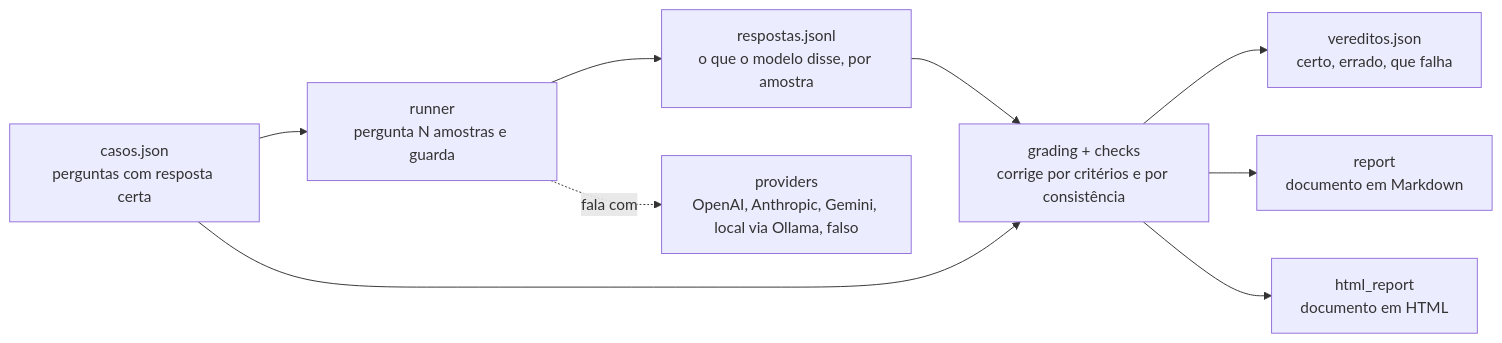
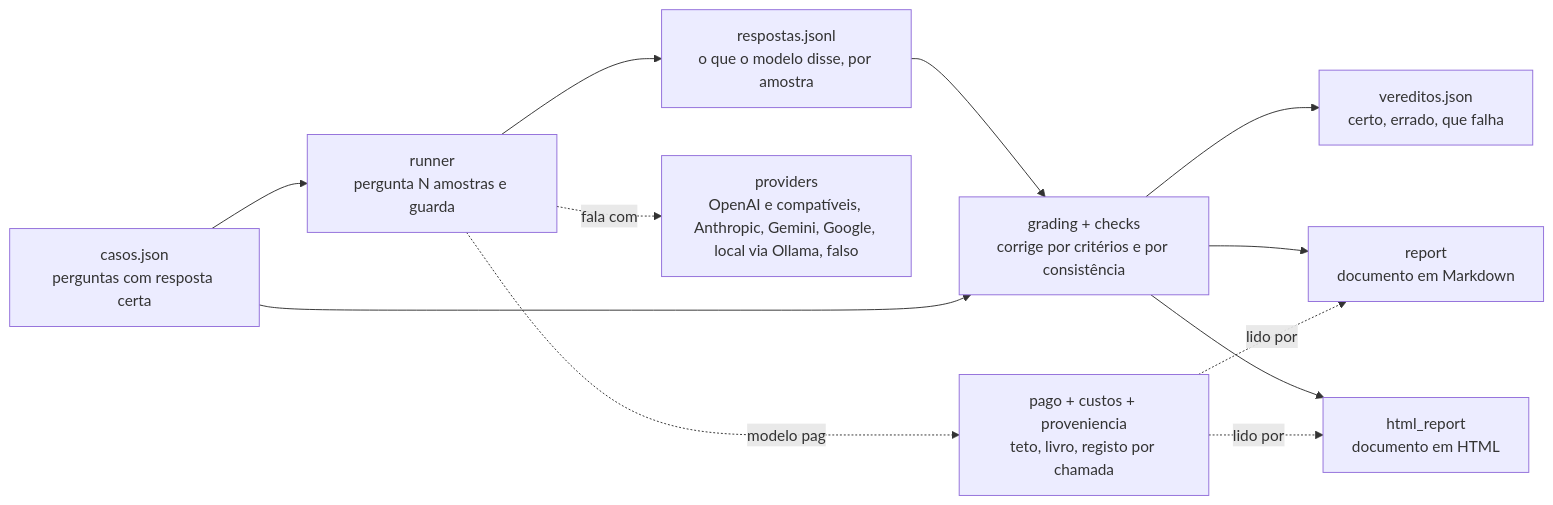
Before and after one commit to fabiomalves84-sketch/aferidor: the diagram in docs/ARQUITETURA.md, drawn with Mermaid. The commit also changed other lines of this file and 3 other files, not shown here.

````diff
--- a/docs/ARQUITETURA.md
+++ b/docs/ARQUITETURA.md
@@ -6,11 +6,14 @@
 ```mermaid
 flowchart LR
     A[casos.json<br/>perguntas com resposta certa] --> B[runner<br/>pergunta N amostras e guarda]
     B --> C[respostas.jsonl<br/>o que o modelo disse, por amostra]
     C --> D[grading + checks<br/>corrige por critérios e por consistência]
     A --> D
     D --> E[vereditos.json<br/>certo, errado, que falha]
     D --> F[report<br/>documento em Markdown]
     D --> G[html_report<br/>documento em HTML]
-    B -.fala com.-> P[providers<br/>OpenAI, Anthropic, Gemini, local via Ollama, falso]
+    B -.fala com.-> P[providers<br/>OpenAI e compatíveis, Anthropic, Gemini, Google, local via Ollama, falso]
+    B -.modelo pago.-> Q[pago + custos + proveniencia<br/>teto, livro, registo por chamada]
+    Q -.lido por.-> F
+    Q -.lido por.-> G
 ```
````
